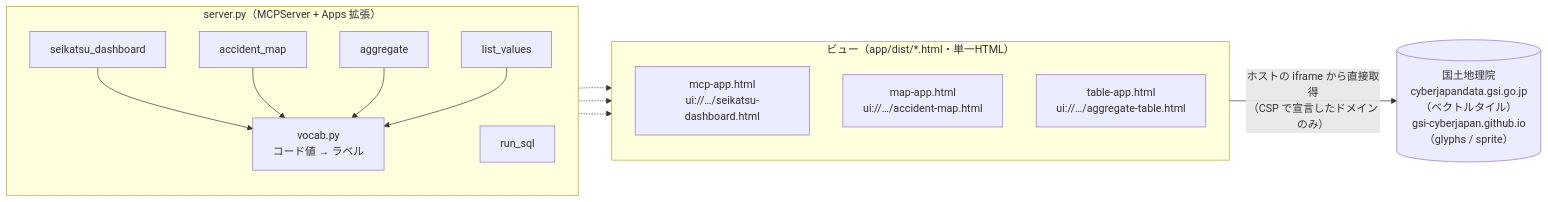
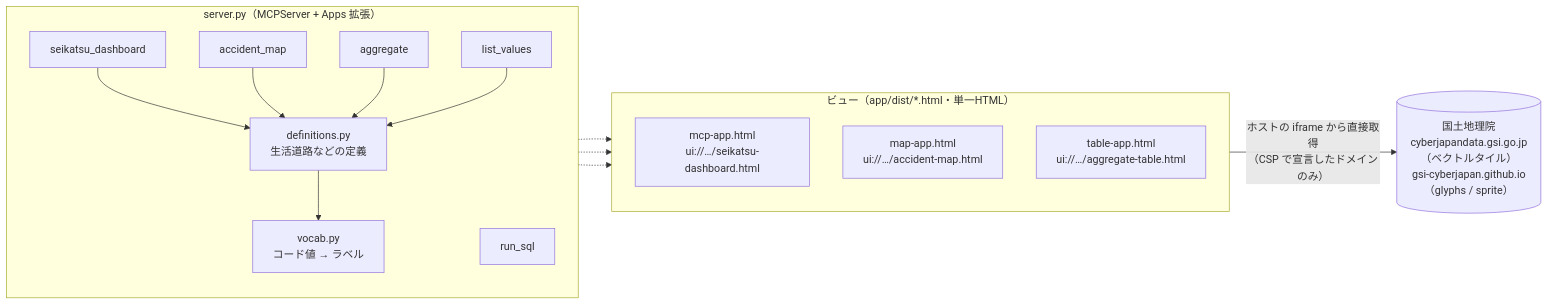
One commit to shiwaku/npa-traffic-accident-analytics changed the second of 3 diagrams in docs/ARCHITECTURE.md. Above: the diagram before and after it, drawn with Mermaid. The commit also changed other lines of this file and 11 other files, not shown here.

````diff
--- a/docs/ARCHITECTURE.md
+++ b/docs/ARCHITECTURE.md
@@ -78,27 +78,29 @@
 ```mermaid
 flowchart LR
     subgraph server["server.py（MCPServer + Apps 拡張）"]
         direction TB
         t1["seikatsu_dashboard"]
         t2["accident_map"]
         t3["aggregate"]
         t4["list_values"]
         t5["run_sql"]
+        defs["definitions.py<br/>生活道路などの定義"]
         vocab["vocab.py<br/>コード値 → ラベル"]
-        t1 & t2 & t3 & t4 --> vocab
+        t1 & t2 & t3 & t4 --> defs
+        defs --> vocab
     end
 
     subgraph views["ビュー（app/dist/*.html・単一HTML）"]
         direction TB
         v1["mcp-app.html<br/>ui://…/seikatsu-dashboard.html"]
         v2["map-app.html<br/>ui://…/accident-map.html"]
         v3["table-app.html<br/>ui://…/aggregate-table.html"]
     end
 
     gsi[("国土地理院<br/>cyberjapandata.gsi.go.jp（ベクトルタイル）<br/>gsi-cyberjapan.github.io（glyphs / sprite）")]
 
     t1 -.-> v1
     t2 -.-> v2
     t3 -.-> v3
     v2 -- "ホストの iframe から直接取得<br/>（CSP で宣言したドメインのみ）" --> gsi
 ```
````
